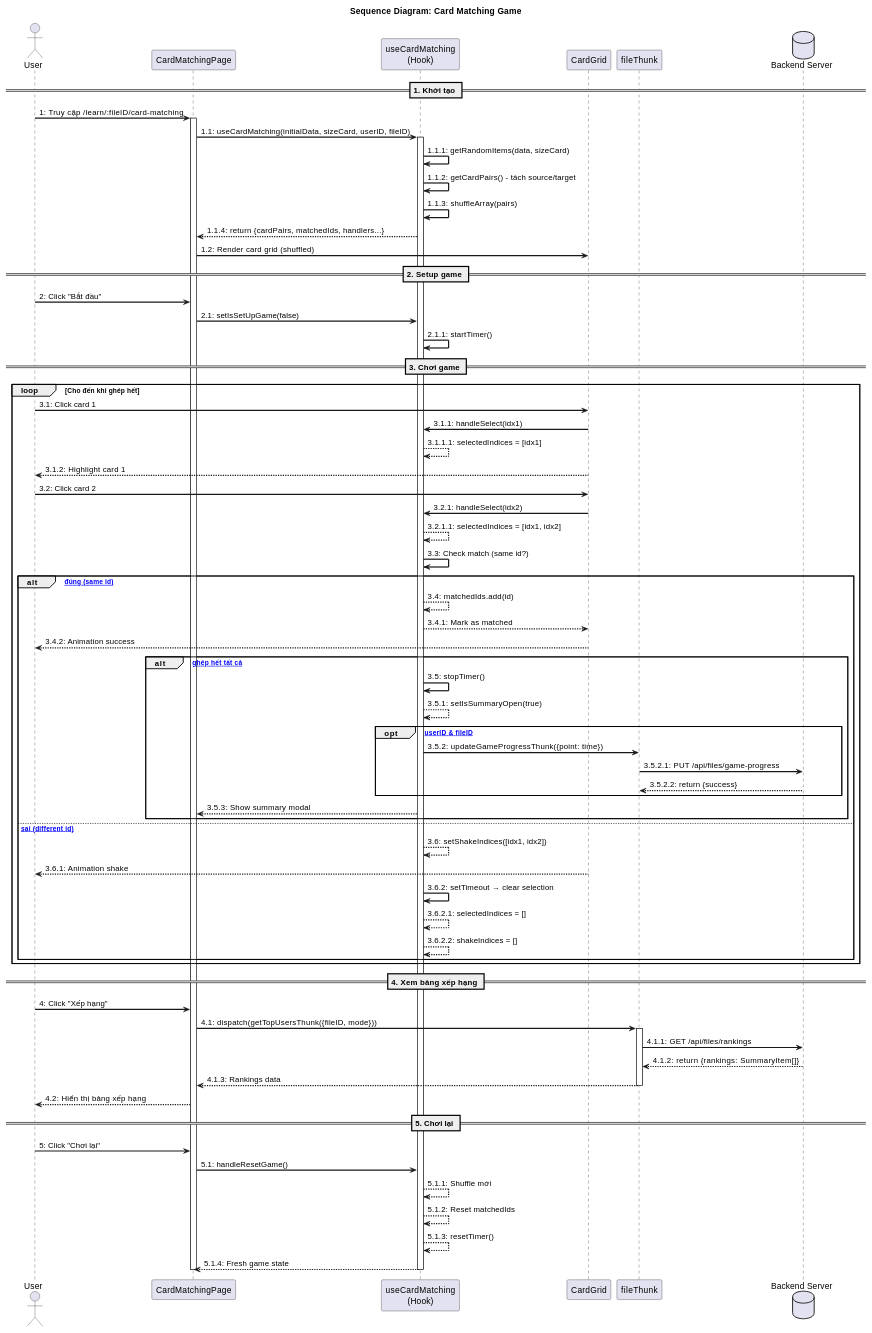
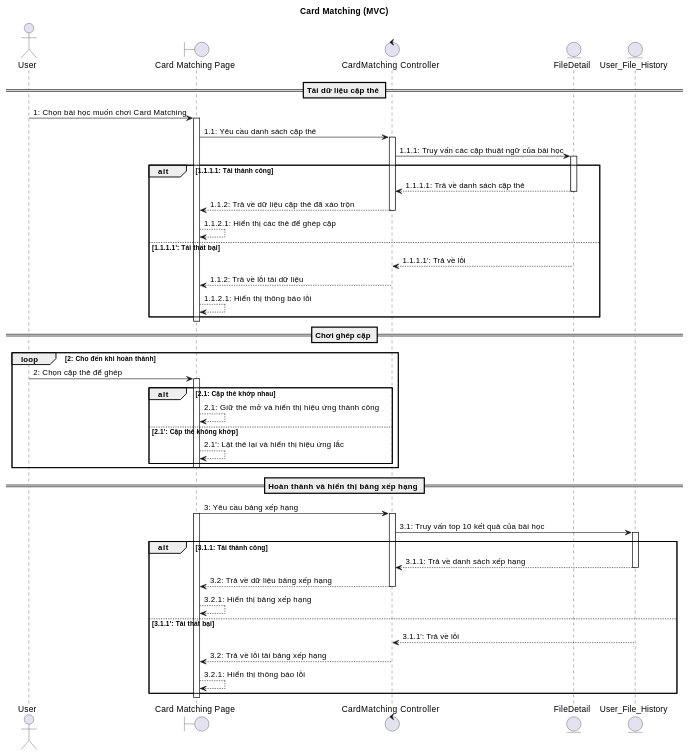
The seventh of 9 diagrams in readmeSequence.md (quangnguyen11111111/LearnFast), drawn with PlantUML before and after one commit. The commit also changed other lines of this file and 25 other files, not shown here.

````diff
--- a/readmeSequence.md
+++ b/readmeSequence.md
@@ -1071,98 +646,67 @@
 ```plantuml
 @startuml
-skinparam sequenceArrowThickness 2
+title Card Matching (MVC)
+actor "User" as User
+boundary "Card Matching Page" as View
+control "CardMatching Controller" as Controller
+entity "FileDetail" as MFileDetail
+entity "User_File_History" as MHistory
 
-title Sequence Diagram: Card Matching Game
+== Tải dữ liệu cặp thẻ ==
+User -> View: 1: Chọn bài học muốn chơi Card Matching
+activate View
+View -> Controller: 1.1: Yêu cầu danh sách cặp thẻ
+activate Controller
+Controller -> MFileDetail: 1.1.1: Truy vấn các cặp thuật ngữ của bài học
+activate MFileDetail
 
-actor User
-participant "CardMatchingPage" as Page
-participant "useCardMatching\n(Hook)" as Hook
-participant "CardGrid" as Grid
-participant "fileThunk" as Thunk
-database "Backend Server" as Server
+alt 1.1.1.1: Tải thành công
+    MFileDetail --> Controller: 1.1.1.1: Trả về danh sách cặp thẻ
+    deactivate MFileDetail
+    Controller --> View: 1.1.2: Trả về dữ liệu cặp thẻ đã xáo trộn
+    deactivate Controller
+    View --> View: 1.1.2.1: Hiển thị các thẻ để ghép cặp
+else 1.1.1.1': Tải thất bại
+    MFileDetail --> Controller: 1.1.1.1': Trả về lỗi
+    deactivate MFileDetail
+    Controller --> View: 1.1.2: Trả về lỗi tải dữ liệu
+    deactivate Controller
+    View --> View: 1.1.2.1: Hiển thị thông báo lỗi
+end
+deactivate View
 
-== 1. Khởi tạo ==
-User -> Page: 1: Truy cập /learn/:fileID/card-matching
-activate Page
-
-Page -> Hook: 1.1: useCardMatching(initialData, sizeCard, userID, fileID)
-activate Hook
-
-Hook -> Hook: 1.1.1: getRandomItems(data, sizeCard)
-Hook -> Hook: 1.1.2: getCardPairs() - tách source/target
-Hook -> Hook: 1.1.3: shuffleArray(pairs)
-Hook --> Page: 1.1.4: return {cardPairs, matchedIds, handlers...}
-
-Page -> Grid: 1.2: Render card grid (shuffled)
-
-== 2. Setup game ==
-User -> Page: 2: Click "Bắt đầu"
-Page -> Hook: 2.1: setIsSetUpGame(false)
-Hook -> Hook: 2.1.1: startTimer()
-
-== 3. Chơi game ==
-loop Cho đến khi ghép hết
-    User -> Grid: 3.1: Click card 1
-    Grid -> Hook: 3.1.1: handleSelect(idx1)
-    Hook --> Hook: 3.1.1.1: selectedIndices = [idx1]
-    Grid --> User: 3.1.2: Highlight card 1
-
-    User -> Grid: 3.2: Click card 2
-    Grid -> Hook: 3.2.1: handleSelect(idx2)
-    Hook --> Hook: 3.2.1.1: selectedIndices = [idx1, idx2]
-
-    Hook -> Hook: 3.3: Check match (same id?)
-
-    alt [Ghép đúng (same id)]
-        Hook --> Hook: 3.4: matchedIds.add(id)
-        Hook --> Grid: 3.4.1: Mark as matched
-        Grid --> User: 3.4.2: Animation success
-
-        alt [Đã ghép hết tất cả]
-            Hook -> Hook: 3.5: stopTimer()
-            Hook --> Hook: 3.5.1: setIsSummaryOpen(true)
-
-            opt [Có userID & fileID]
-                Hook -> Thunk: 3.5.2: updateGameProgressThunk({point: time})
-                Thunk -> Server: 3.5.2.1: PUT /api/files/game-progress
-                Server --> Thunk: 3.5.2.2: return {success}
-            end
-
-            Hook --> Page: 3.5.3: Show summary modal
-        end
-
-    else [Ghép sai (different id)]
-        Hook --> Hook: 3.6: setShakeIndices([idx1, idx2])
-        Grid --> User: 3.6.1: Animation shake
-
-        Hook -> Hook: 3.6.2: setTimeout → clear selection
-        Hook --> Hook: 3.6.2.1: selectedIndices = []
-        Hook --> Hook: 3.6.2.2: shakeIndices = []
+== Chơi ghép cặp ==
+loop 2: Cho đến khi hoàn thành
+    User -> View: 2: Chọn cặp thẻ để ghép
+    activate View
+    alt 2.1: Cặp thẻ khớp nhau
+        View --> View: 2.1: Giữ thẻ mở và hiển thị hiệu ứng thành công
+    else 2.1': Cặp thẻ không khớp
+        View --> View: 2.1': Lật thẻ lại và hiển thị hiệu ứng lắc
     end
+    deactivate View
 end
 
-== 4. Xem bảng xếp hạng ==
-User -> Page: 4: Click "Xếp hạng"
-Page -> Thunk: 4.1: dispatch(getTopUsersThunk({fileID, mode}))
-activate Thunk
+== Hoàn thành và hiển thị bảng xếp hạng ==
+View -> Controller: 3: Yêu cầu bảng xếp hạng
+activate View
+activate Controller
+Controller -> MHistory: 3.1: Truy vấn top 10 kết quả của bài học
+activate MHistory
 
-Thunk -> Server: 4.1.1: GET /api/files/rankings
-Server --> Thunk: 4.1.2: return {rankings: SummaryItem[]}
-Thunk --> Page: 4.1.3: Rankings data
-
-deactivate Thunk
-Page --> User: 4.2: Hiển thị bảng xếp hạng
-
-== 5. Chơi lại ==
-User -> Page: 5: Click "Chơi lại"
-Page -> Hook: 5.1: handleResetGame()
-Hook --> Hook: 5.1.1: Shuffle mới
-Hook --> Hook: 5.1.2: Reset matchedIds
-Hook --> Hook: 5.1.3: resetTimer()
-Hook --> Page: 5.1.4: Fresh game state
-
-deactivate Hook
-deactivate Page
-
+alt 3.1.1: Tải thành công
+    MHistory --> Controller: 3.1.1: Trả về danh sách xếp hạng
+    deactivate MHistory
+    Controller --> View: 3.2: Trả về dữ liệu bảng xếp hạng
+    deactivate Controller
+    View --> View: 3.2.1: Hiển thị bảng xếp hạng
+else 3.1.1': Tải thất bại
+    MHistory --> Controller: 3.1.1': Trả về lỗi
+    deactivate MHistory
+    Controller --> View: 3.2: Trả về lỗi tải bảng xếp hạng
+    deactivate Controller
+    View --> View: 3.2.1: Hiển thị thông báo lỗi
+end
+deactivate View
 @enduml
 ```
````
